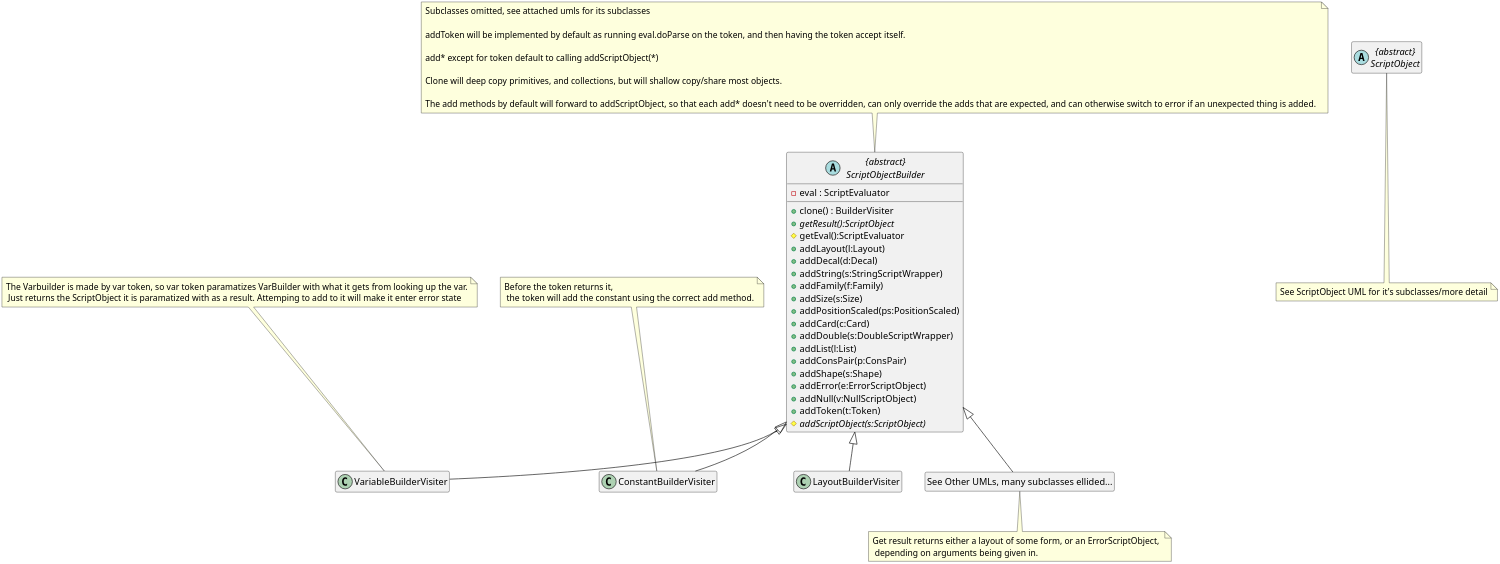
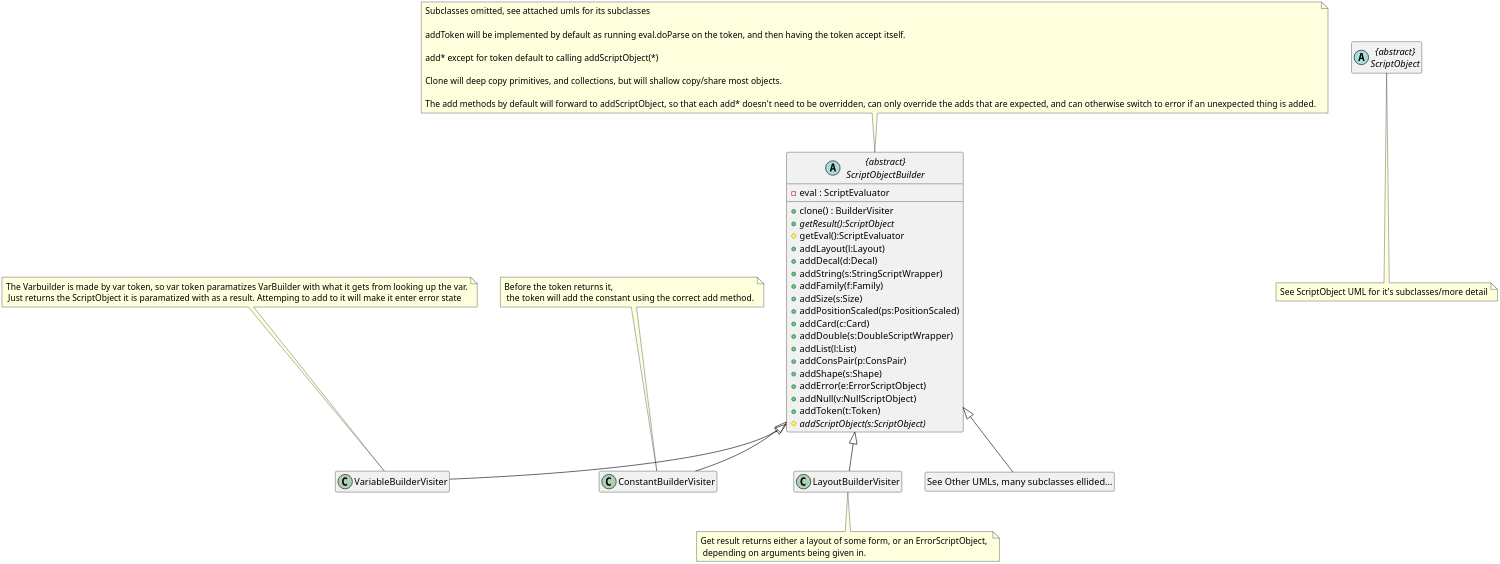
One commit to MatthewBregg/DesignPatternsRepo changed the diagram in Parsing/Builder/ScriptObjectBuilder.org. Above: the diagram before and after it, drawn with PlantUML. The commit also changed 1 other file, not shown here.

Commit message:
Fixed small error in ScriptObjectBuilderUML

```diff
--- a/Parsing/Builder/ScriptObjectBuilder.org
+++ b/Parsing/Builder/ScriptObjectBuilder.org
@@ -86,6 +86,8 @@
 hide LayoutBuilder members
 hide LayoutBuilder methods
 
+note bottom : Get result returns either a layout of some form, or an ErrorScriptObject, \n depending on arguments being given in.
+
 'Etc...
 class SeeOtherUMLs as "See Other UMLs, many subclasses ellided..."
 BuilderVisiter <|-- SeeOtherUMLs
@@ -94,7 +96,6 @@
 hide SeeOtherUMLs circle
 
 
-note bottom : Get result returns either a layout of some form, or an ErrorScriptObject, \n depending on arguments being given in.
 
 
 #+END_SRC
```
